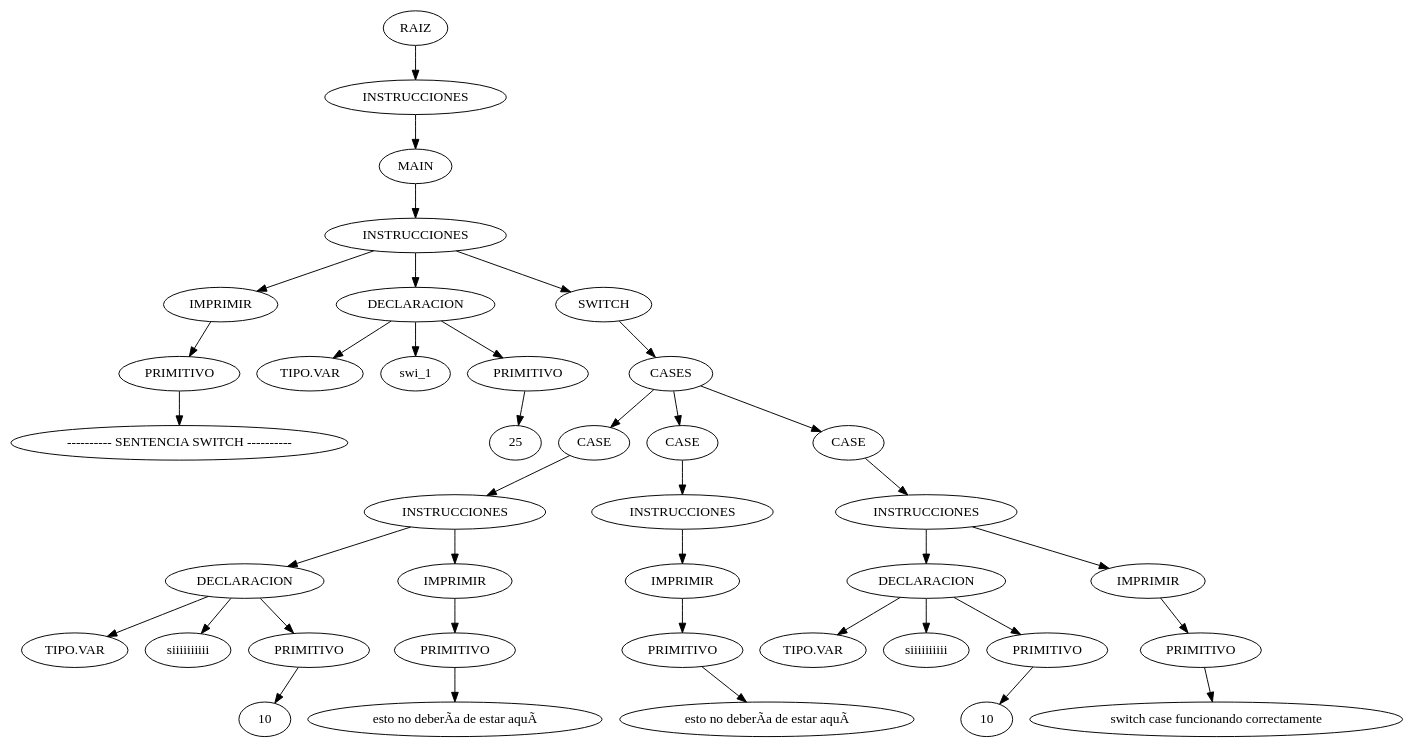
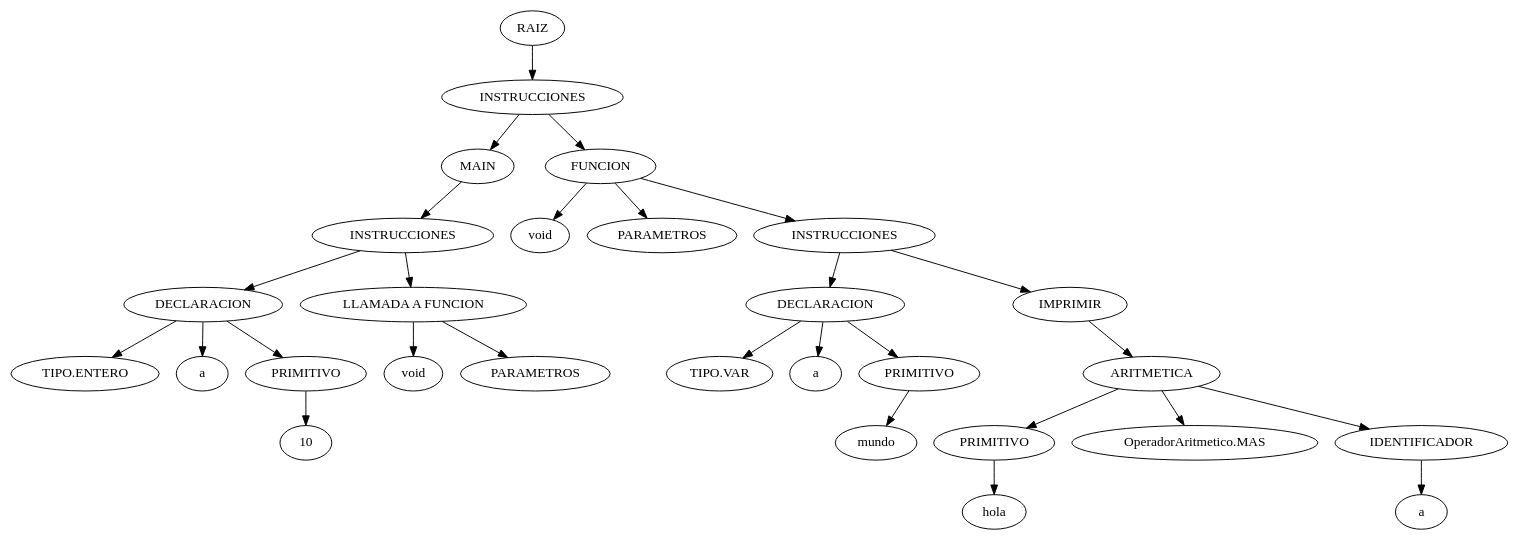
One commit to lexisbr/JPR changed the diagram in JPR_IDE/ast.dot. Above: the diagram before and after it, drawn with Graphviz. The commit also changed 1 other file, not shown here.

```diff
--- a/JPR_IDE/ast.dot
+++ b/JPR_IDE/ast.dot
@@ -1,79 +1,57 @@
 digraph {
 n0[label="RAIZ"];
 n1[label="INSTRUCCIONES"];
 n0->n1;
 n2[label="MAIN"];
 n1->n2;
 n3[label="INSTRUCCIONES"];
 n2->n3;
-n4[label="IMPRIMIR"];
+n4[label="DECLARACION"];
 n3->n4;
-n5[label="PRIMITIVO"];
+n5[label="TIPO.ENTERO"];
 n4->n5;
-n6[label="---------- SENTENCIA SWITCH ----------"];
-n5->n6;
-n7[label="DECLARACION"];
-n3->n7;
-n8[label="TIPO.VAR"];
+n6[label="a"];
+n4->n6;
+n7[label="PRIMITIVO"];
+n4->n7;
+n8[label="10"];
 n7->n8;
-n9[label="swi_1"];
-n7->n9;
-n10[label="PRIMITIVO"];
-n7->n10;
-n11[label="25"];
-n10->n11;
-n12[label="SWITCH"];
-n3->n12;
-n13[label="CASES"];
+n9[label="LLAMADA A FUNCION"];
+n3->n9;
+n10[label="void"];
+n9->n10;
+n11[label="PARAMETROS"];
+n9->n11;
+n12[label="FUNCION"];
+n1->n12;
+n13[label="void"];
 n12->n13;
-n14[label="CASE"];
-n13->n14;
+n14[label="PARAMETROS"];
+n12->n14;
 n15[label="INSTRUCCIONES"];
-n14->n15;
+n12->n15;
 n16[label="DECLARACION"];
 n15->n16;
 n17[label="TIPO.VAR"];
 n16->n17;
-n18[label="siiiiiiiiii"];
+n18[label="a"];
 n16->n18;
 n19[label="PRIMITIVO"];
 n16->n19;
-n20[label="10"];
+n20[label="mundo"];
 n19->n20;
 n21[label="IMPRIMIR"];
 n15->n21;
-n22[label="PRIMITIVO"];
+n22[label="ARITMETICA"];
 n21->n22;
-n23[label="esto no deberÃ­a de estar aquÃ­"];
+n23[label="PRIMITIVO"];
 n22->n23;
-n24[label="CASE"];
-n13->n24;
-n25[label="INSTRUCCIONES"];
-n24->n25;
-n26[label="IMPRIMIR"];
-n25->n26;
-n27[label="PRIMITIVO"];
+n24[label="hola "];
+n23->n24;
+n25[label="OperadorAritmetico.MAS"];
+n22->n25;
+n26[label="IDENTIFICADOR"];
+n22->n26;
+n27[label="a"];
 n26->n27;
-n28[label="esto no deberÃ­a de estar aquÃ­"];
-n27->n28;
-n29[label="CASE"];
-n13->n29;
-n30[label="INSTRUCCIONES"];
-n29->n30;
-n31[label="DECLARACION"];
-n30->n31;
-n32[label="TIPO.VAR"];
-n31->n32;
-n33[label="siiiiiiiiii"];
-n31->n33;
-n34[label="PRIMITIVO"];
-n31->n34;
-n35[label="10"];
-n34->n35;
-n36[label="IMPRIMIR"];
-n30->n36;
-n37[label="PRIMITIVO"];
-n36->n37;
-n38[label="switch case funcionando correctamente"];
-n37->n38;
 }
```
